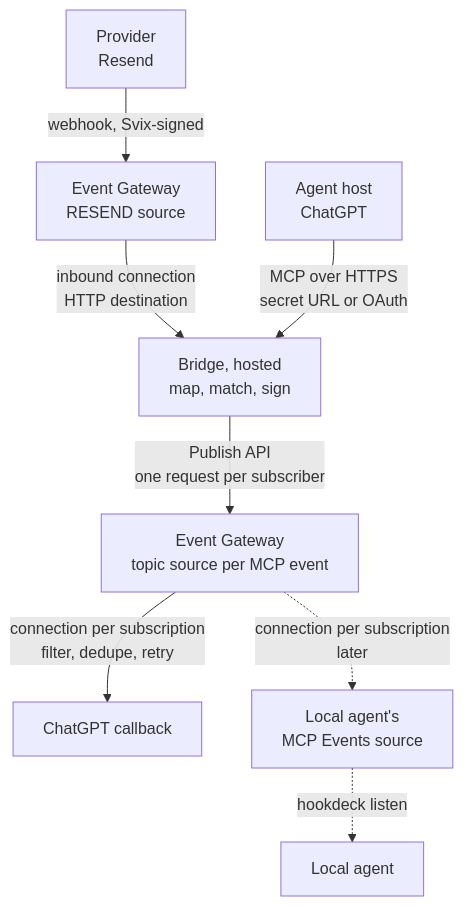
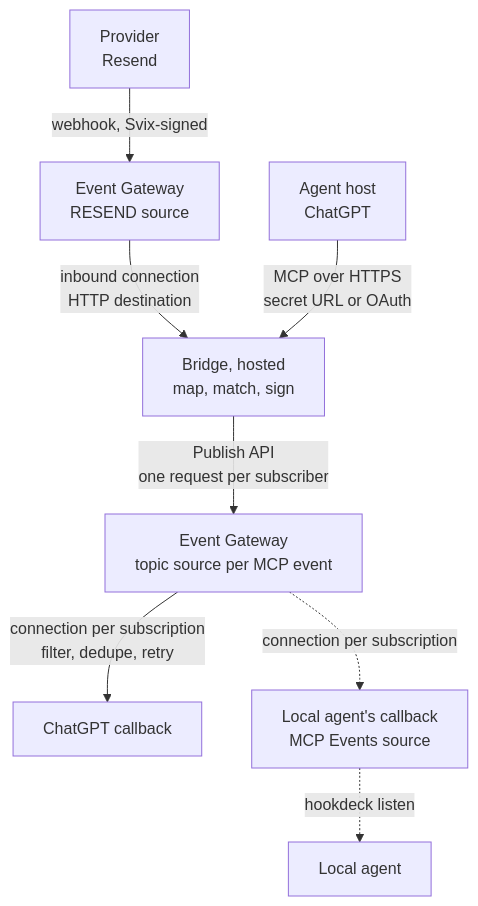
One commit to hookdeck/mcp-events-bridge changed the diagram in docs/ARCHITECTURE.md. Above: the diagram before and after it, drawn with Mermaid. The commit also changed other lines of this file and 12 other files, not shown here.

First line of the commit message:
Local agents: review fixes, re-signed retries, callback lifecycle

````diff
--- a/docs/ARCHITECTURE.md
+++ b/docs/ARCHITECTURE.md
@@ -38,10 +38,10 @@
 ```mermaid
 flowchart TB
     P["Provider<br>Resend"] -- "webhook, Svix-signed" --> SRC["Event Gateway<br>RESEND source"]
     SRC -- "inbound connection<br>HTTP destination" --> B["Bridge, hosted<br>map, match, sign"]
     B -- "Publish API<br>one request per subscriber" --> T["Event Gateway<br>topic source per MCP event"]
     T -- "connection per subscription<br>filter, dedupe, retry" --> CG["ChatGPT callback"]
-    T -. "connection per subscription<br>later" .-> HS["Local agent's<br>MCP Events source"]
+    T -. "connection per subscription" .-> HS["Local agent's callback<br>MCP Events source"]
     HS -. "hookdeck listen" .-> LA["Local agent"]
     AG["Agent host<br>ChatGPT"] -- "MCP over HTTPS<br>secret URL or OAuth" --> B
 ```
````
